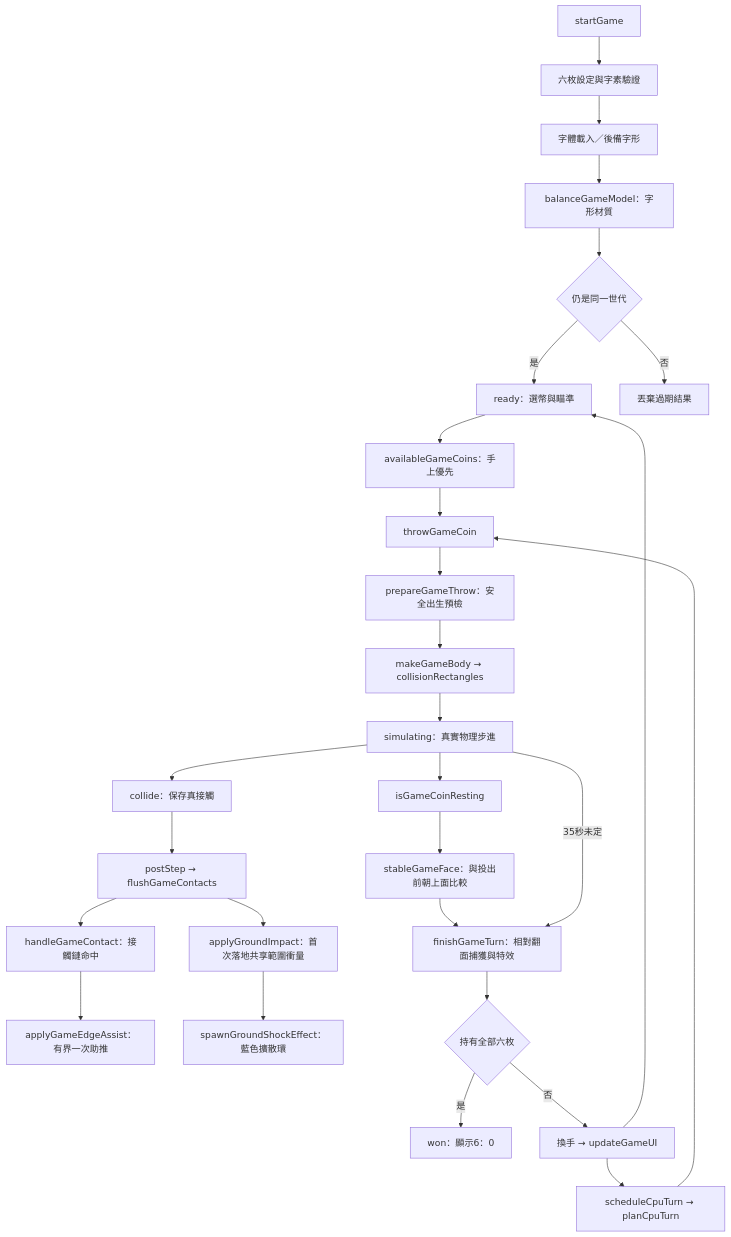
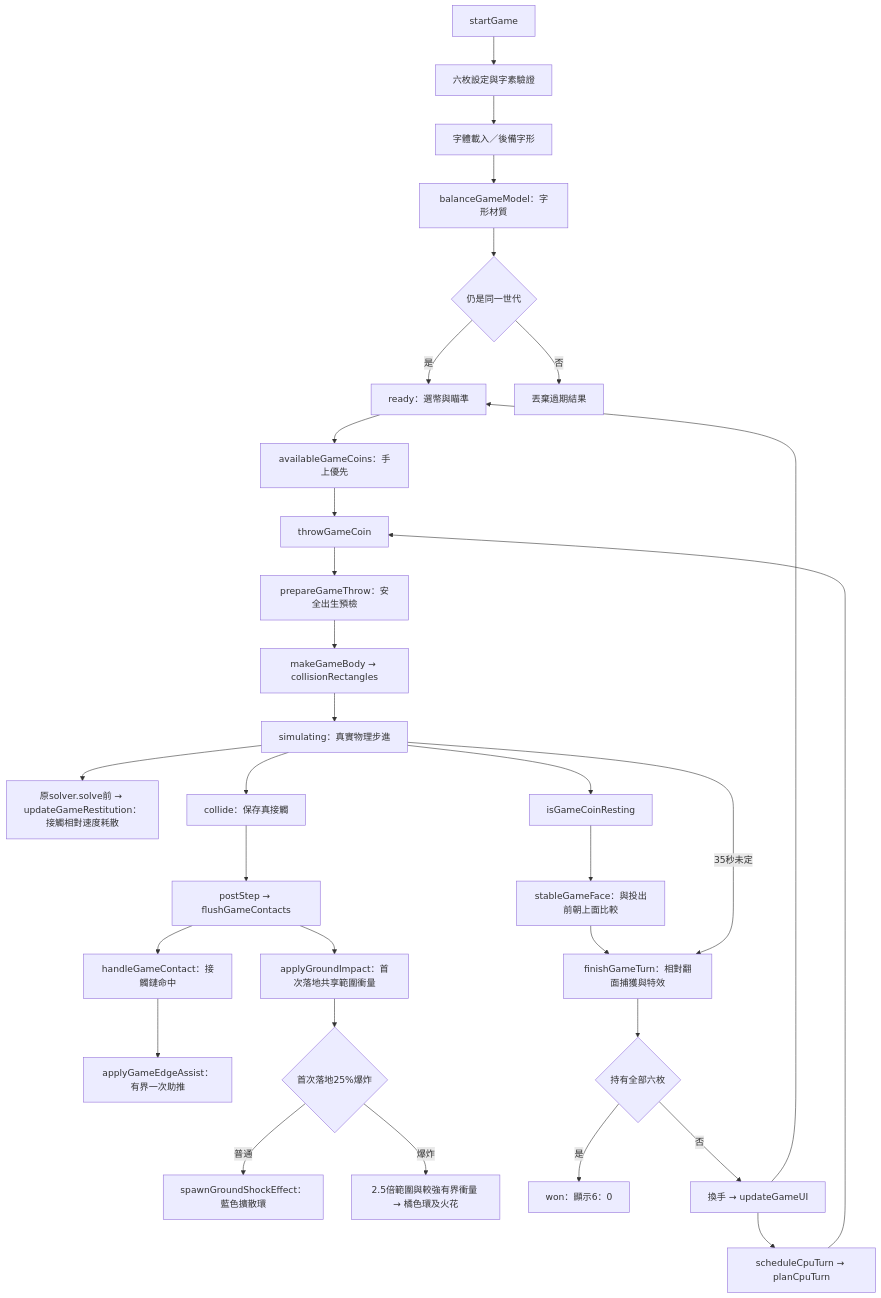
Before and after one commit to MiuDog/ong-a-piau: the fourth of 4 diagrams in architecture.md, drawn with Mermaid. The commit also changed other lines of this file and 7 other files, not shown here.

````diff
--- a/architecture.md
+++ b/architecture.md
@@ -88,30 +88,33 @@
 ```mermaid
 flowchart TD
 	Setup[startGame] --> Validate[六枚設定與字素驗證]
 	Validate --> Font[字體載入／後備字形]
 	Font --> Material[balanceGameModel：字形材質]
 	Material --> Epoch{仍是同一世代}
 	Epoch -->|是| Ready[ready：選幣與瞄準]
 	Epoch -->|否| Ignore[丟棄過期結果]
 	Ready --> Available[availableGameCoins：手上優先]
 	Available --> Throw[throwGameCoin]
 	Throw --> Prepare[prepareGameThrow：安全出生預檢]
 	Prepare --> Shape[makeGameBody → collisionRectangles]
 	Shape --> Sim[simulating：真實物理步進]
+	Sim --> ContactSpeed[原solver.solve前 → updateGameRestitution：接觸相對速度耗散]
 	Sim --> Queue[collide：保存真接觸]
 	Queue --> Flush[postStep → flushGameContacts]
 	Flush --> Hit[handleGameContact：接觸鏈命中]
 	Hit --> Edge[applyGameEdgeAssist：有界一次助推]
 	Flush --> Shock[applyGroundImpact：首次落地共享範圍衝量]
-	Shock --> Ring[spawnGroundShockEffect：藍色擴散環]
+	Shock --> Chance{首次落地25%爆炸}
+	Chance -->|普通| Ring[spawnGroundShockEffect：藍色擴散環]
+	Chance -->|爆炸| Blast[2.5倍範圍與較強有界衝量 → 橘色環及火花]
 	Sim --> Rest[isGameCoinResting]
 	Rest --> Face[stableGameFace：與投出前朝上面比較]
 	Face --> Capture[finishGameTurn：相對翻面捕獲與特效]
 	Capture --> Count{持有全部六枚}
 	Count -->|是| Won[won：顯示6：0]
 	Count -->|否| Next[換手 → updateGameUI]
 	Next --> CPU[scheduleCpuTurn → planCpuTurn]
 	CPU --> Throw
 	Next --> Ready
 	Sim -->|35秒未定| Capture
 ```
````
